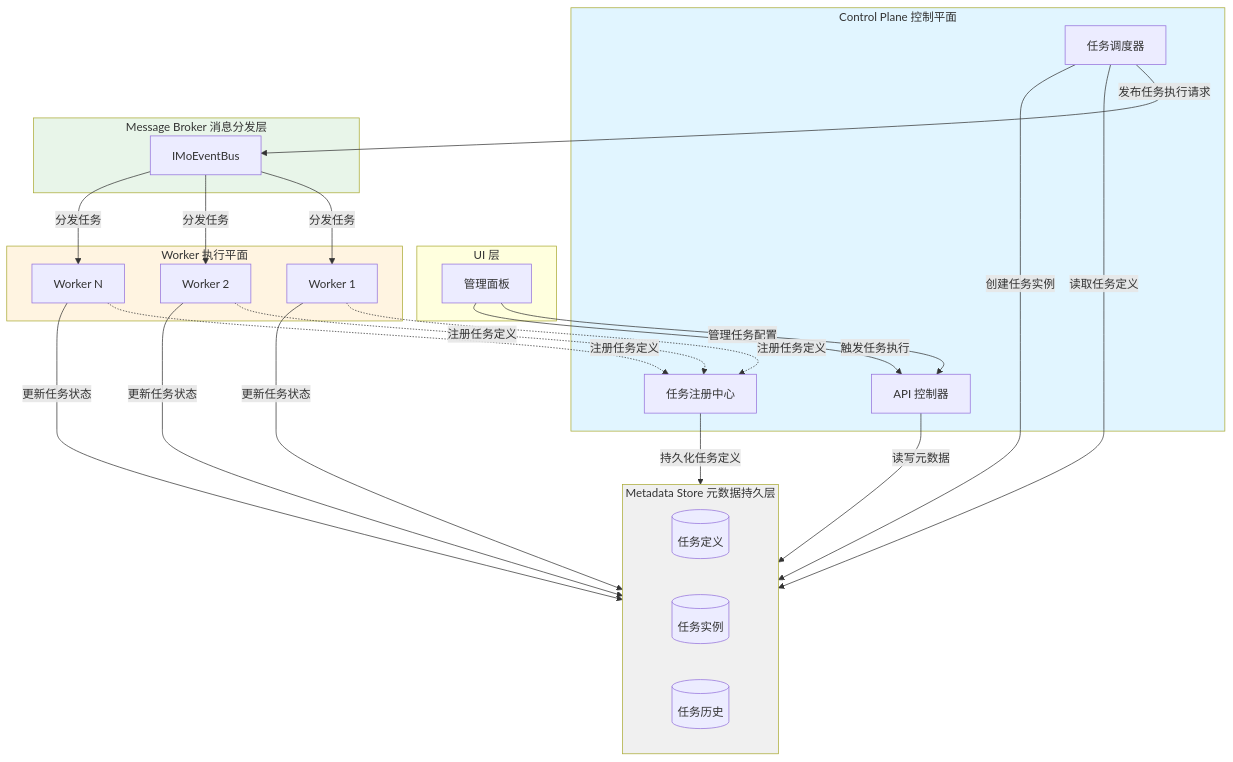
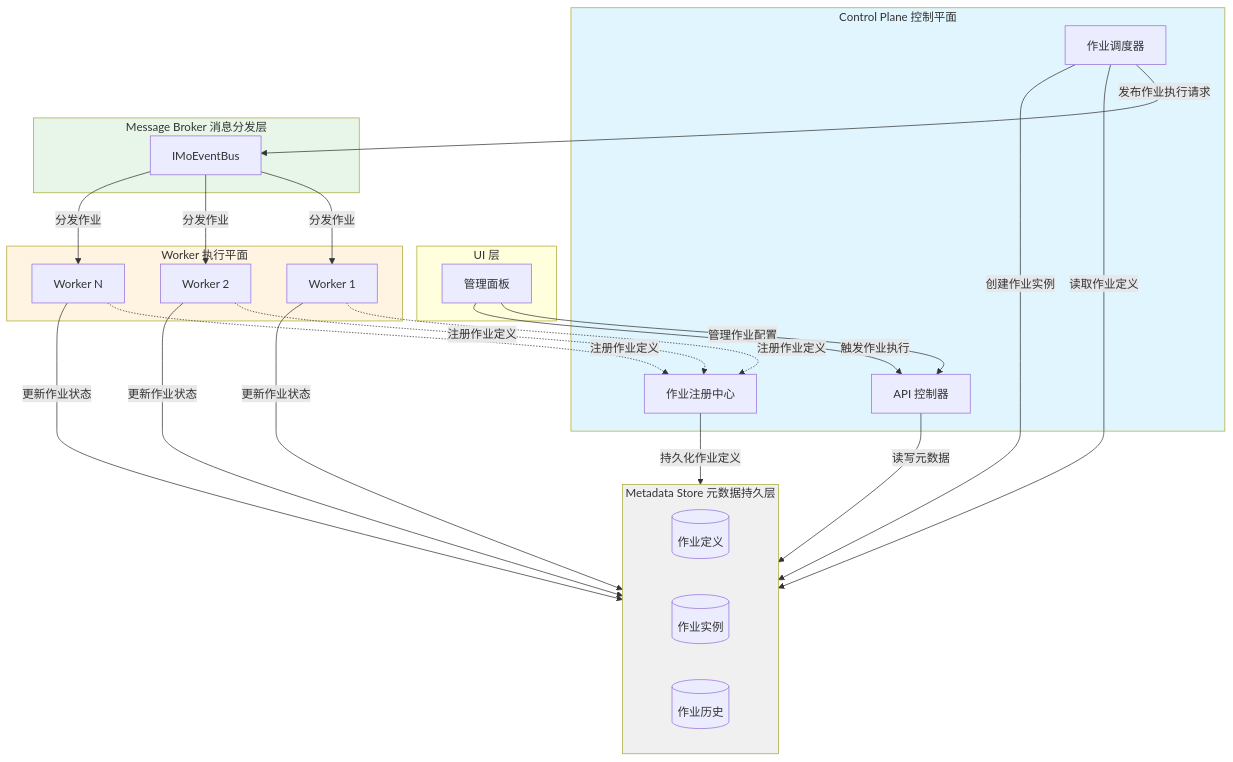
One commit to Tairitsua/Monica.Docs changed the second of 2 diagrams in docs/BackgroundJob/MoJobScheduler.md. Above: the diagram before and after it, drawn with Mermaid. The commit also changed other lines of this file and 4 other files, not shown here.

First line of the commit message:
Update docs for job scheduler and unit of work

````diff
--- a/docs/BackgroundJob/MoJobScheduler.md
+++ b/docs/BackgroundJob/MoJobScheduler.md
@@ -96,54 +96,54 @@
 ```mermaid
 graph TB
     subgraph UI["UI 层"]
         AdminUI[管理面板]
     end
 
     subgraph ControlPlane["Control Plane 控制平面"]
-        Scheduler[任务调度器]
-        TaskRegistry[任务注册中心]
+        Scheduler[作业调度器]
+        JobRegistry[作业注册中心]
         APIController[API 控制器]
     end
 
     subgraph MessageBroker["Message Broker 消息分发层"]
         EventBus[IMoEventBus]
     end
 
     subgraph Workers["Worker 执行平面"]
         Worker1[Worker 1]
         Worker2[Worker 2]
         WorkerN[Worker N]
     end
 
     subgraph MetadataStore["Metadata Store 元数据持久层"]
-        TaskDefinitions[(任务定义)]
-        TaskInstances[(任务实例)]
-        TaskHistory[(任务历史)]
+        JobDefinitions[(作业定义)]
+        JobInstances[(作业实例)]
+        JobHistory[(作业历史)]
     end
 
-    AdminUI -->|管理任务配置| APIController
-    AdminUI -->|触发任务执行| APIController
+    AdminUI -->|管理作业配置| APIController
+    AdminUI -->|触发作业执行| APIController
     APIController -->|读写元数据| MetadataStore
 
-    Worker1 -.->|注册任务定义| TaskRegistry
-    Worker2 -.->|注册任务定义| TaskRegistry
-    WorkerN -.->|注册任务定义| TaskRegistry
+    Worker1 -.->|注册作业定义| JobRegistry
+    Worker2 -.->|注册作业定义| JobRegistry
+    WorkerN -.->|注册作业定义| JobRegistry
 
-    TaskRegistry -->|持久化任务定义| MetadataStore
-    Scheduler -->|读取任务定义| MetadataStore
-    Scheduler -->|创建任务实例| MetadataStore
-    Scheduler -->|发布任务执行请求| EventBus
+    JobRegistry -->|持久化作业定义| MetadataStore
+    Scheduler -->|读取作业定义| MetadataStore
+    Scheduler -->|创建作业实例| MetadataStore
+    Scheduler -->|发布作业执行请求| EventBus
 
-    EventBus -->|分发任务| Worker1
-    EventBus -->|分发任务| Worker2
-    EventBus -->|分发任务| WorkerN
+    EventBus -->|分发作业| Worker1
+    EventBus -->|分发作业| Worker2
+    EventBus -->|分发作业| WorkerN
 
-    Worker1 -->|更新任务状态| MetadataStore
-    Worker2 -->|更新任务状态| MetadataStore
-    WorkerN -->|更新任务状态| MetadataStore
+    Worker1 -->|更新作业状态| MetadataStore
+    Worker2 -->|更新作业状态| MetadataStore
+    WorkerN -->|更新作业状态| MetadataStore
 
     style ControlPlane fill:#e1f5ff
     style Workers fill:#fff4e1
     style MetadataStore fill:#f0f0f0
     style MessageBroker fill:#e8f5e9
 ```
````
